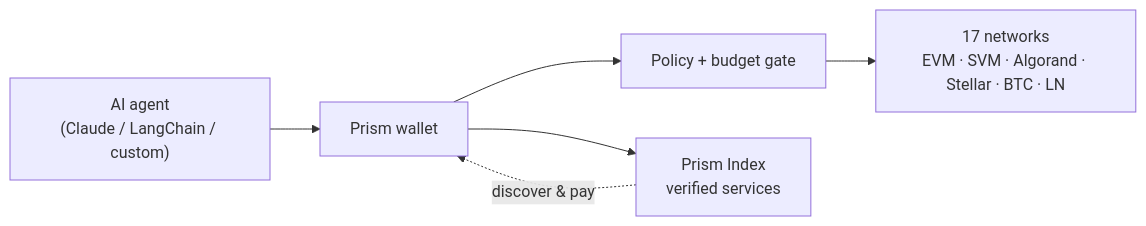
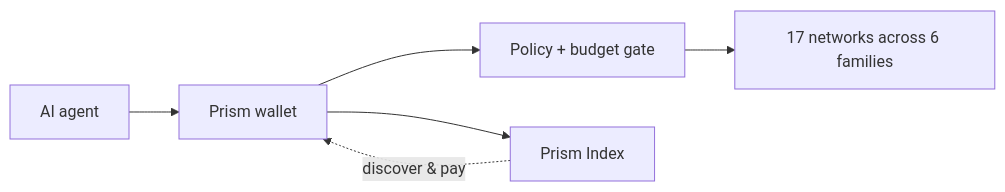
One commit to ogsamrat/multichain-agentic-wallet changed the diagram in README.md. Above: the diagram before and after it, drawn with Mermaid. The commit also changed other lines of this file and 1 other file, not shown here.

````diff
--- a/README.md
+++ b/README.md
@@ -20,8 +20,8 @@
 ```mermaid
 flowchart LR
-  A["AI agent<br/>(Claude / LangChain / custom)"] --> P["Prism wallet"]
+  A["AI agent"] --> P["Prism wallet"]
   P --> POL["Policy + budget gate"]
-  POL --> CH["17 networks<br/>EVM · SVM · Algorand · Stellar · BTC · LN"]
-  P --> IDX["Prism Index<br/>verified services"]
+  POL --> CH["17 networks across 6 families"]
+  P --> IDX["Prism Index"]
   IDX -. "discover & pay" .-> P
 ```
````
